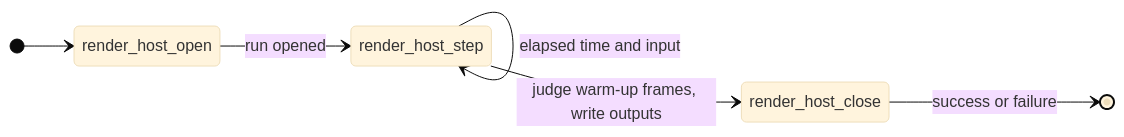
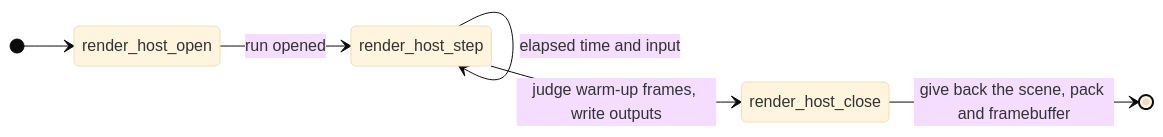
The third of 4 diagrams in docs/tools/Render-Harness.md (jose-villegas/autana), drawn with Mermaid (base theme) before and after one commit. The commit also changed other lines of this file and 9 other files, not shown here.

Commit message:
render_host_close gives back the scene's pack and the framebuffer: provider teardown, host gfx_deinit, reopen test (autana-me1l5)

````diff
--- a/docs/tools/Render-Harness.md
+++ b/docs/tools/Render-Harness.md
@@ -425,12 +425,12 @@
 ```mermaid
 stateDiagram-v2
     direction LR
     state "render_host_open" as Open
     state "render_host_step" as Step
     state "render_host_close" as Close
     [*] --> Open
     Open --> Step: run opened
     Step --> Step: elapsed time and input
     Step --> Close: judge warm-up frames, write outputs
-    Close --> [*]: success or failure
+    Close --> [*]: give back the scene, pack and framebuffer
 ```
````
